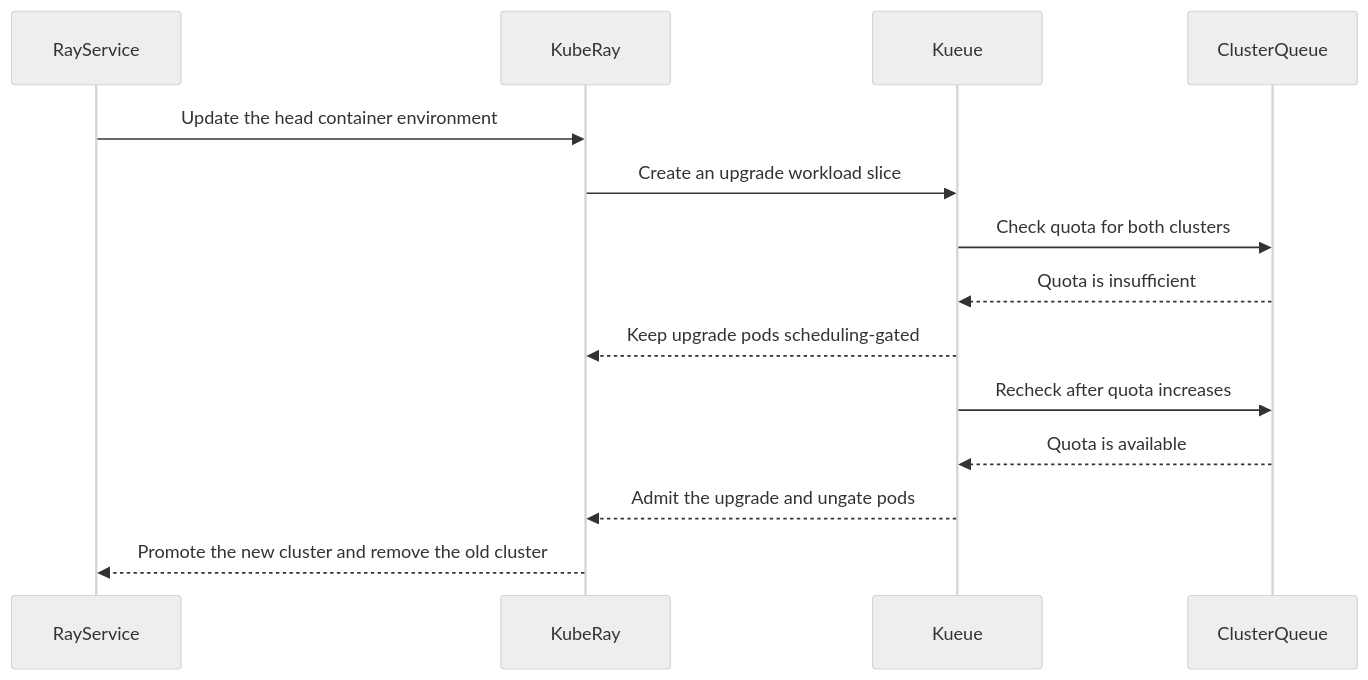
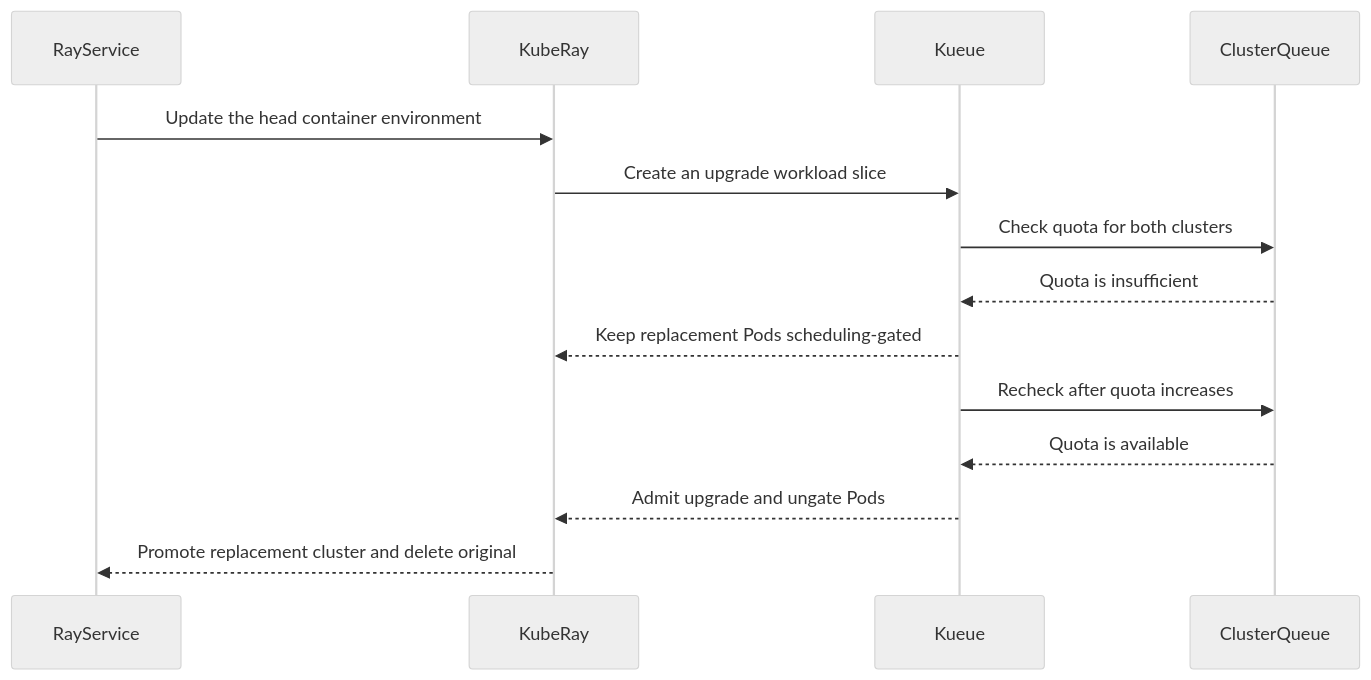
One commit to reruno/kueue-llm-wiki changed the diagram in raw/github/kubernetes-sigs__kueue/pr-11264.md. Above: the diagram before and after it, drawn with Mermaid (neutral theme). The commit also changed other lines of this file and 1319 other files, not shown here.

````diff
--- a/raw/github/kubernetes-sigs__kueue/pr-11264.md
+++ b/raw/github/kubernetes-sigs__kueue/pr-11264.md
@@ -185,16 +211,16 @@
 ```mermaid
 sequenceDiagram
   participant RayService
   participant KubeRay
   participant Kueue
   participant ClusterQueue
   RayService->>KubeRay: Update the head container environment
   KubeRay->>Kueue: Create an upgrade workload slice
   Kueue->>ClusterQueue: Check quota for both clusters
   ClusterQueue-->>Kueue: Quota is insufficient
-  Kueue-->>KubeRay: Keep upgrade pods scheduling-gated
+  Kueue-->>KubeRay: Keep replacement Pods scheduling-gated
   Kueue->>ClusterQueue: Recheck after quota increases
   ClusterQueue-->>Kueue: Quota is available
-  Kueue-->>KubeRay: Admit the upgrade and ungate pods
-  KubeRay-->>RayService: Promote the new cluster and remove the old cluster
+  Kueue-->>KubeRay: Admit upgrade and ungate Pods
+  KubeRay-->>RayService: Promote replacement cluster and delete original
 ```
````
